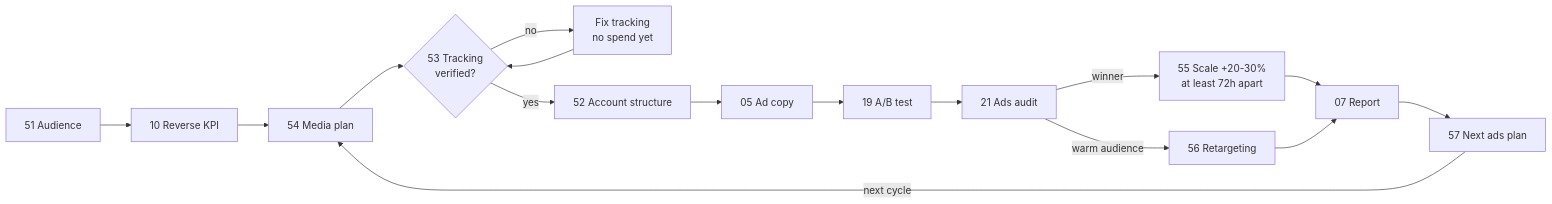
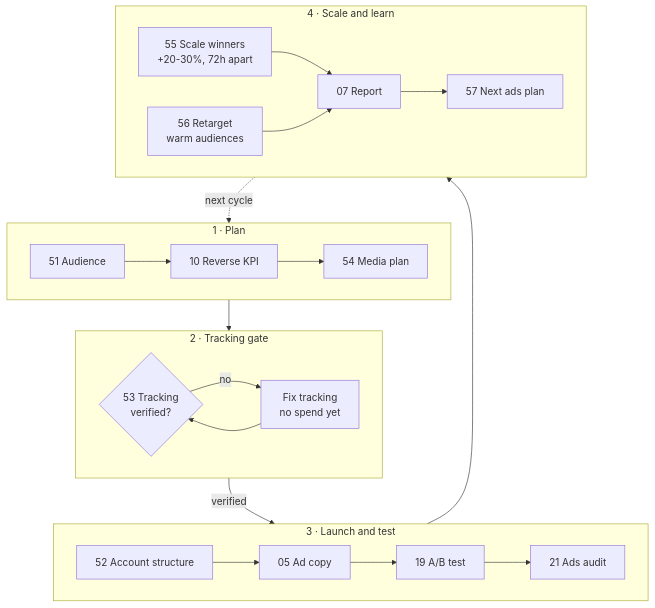
The seventh of 9 diagrams in README.md (minhnv0807/ai-business-skills), drawn with Mermaid before and after one commit. The commit also changed other lines of this file and 1 other file, not shown here.

Commit message:
docs(readme): stack the content and performance loops into rows so they stay readable on GitHub

````diff
--- a/README.md
+++ b/README.md
@@ -288,11 +297,23 @@
 ```mermaid
-flowchart LR
-    A["51 Audience"] --> K["10 Reverse KPI"] --> M["54 Media plan"] --> T{"53 Tracking<br/>verified?"}
-    T -->|no| FIX["Fix tracking<br/>no spend yet"] --> T
-    T -->|yes| S["52 Account structure"] --> C["05 Ad copy"] --> AB["19 A/B test"] --> AU["21 Ads audit"]
-    AU -->|winner| SC["55 Scale +20-30%<br/>at least 72h apart"]
-    AU -->|warm audience| RT["56 Retargeting"]
-    SC --> R["07 Report"]
-    RT --> R
-    R --> N["57 Next ads plan"] -->|next cycle| M
+flowchart TB
+    subgraph PLAN["1 · Plan"]
+        direction LR
+        A["51 Audience"] --> K["10 Reverse KPI"] --> M["54 Media plan"]
+    end
+    subgraph GATE["2 · Tracking gate"]
+        direction LR
+        T{"53 Tracking<br/>verified?"} -->|no| FIX["Fix tracking<br/>no spend yet"] --> T
+    end
+    subgraph RUN["3 · Launch and test"]
+        direction LR
+        S["52 Account structure"] --> C["05 Ad copy"] --> AB["19 A/B test"] --> AU["21 Ads audit"]
+    end
+    subgraph GROW["4 · Scale and learn"]
+        direction LR
+        SC["55 Scale winners<br/>+20-30%, 72h apart"] --> R["07 Report"]
+        RT["56 Retarget<br/>warm audiences"] --> R
+        R --> N["57 Next ads plan"]
+    end
+    PLAN --> GATE -->|verified| RUN --> GROW
+    GROW -.->|next cycle| PLAN
 ```
````
